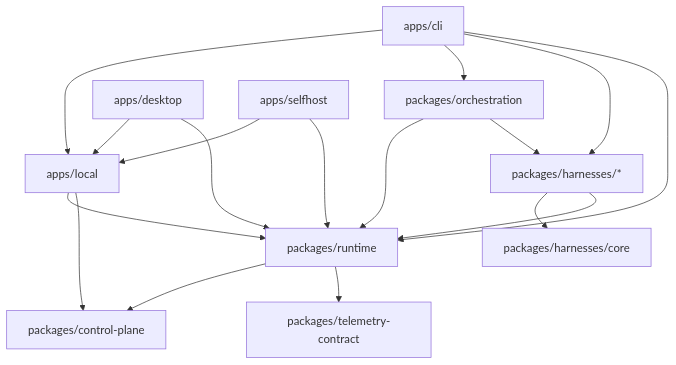
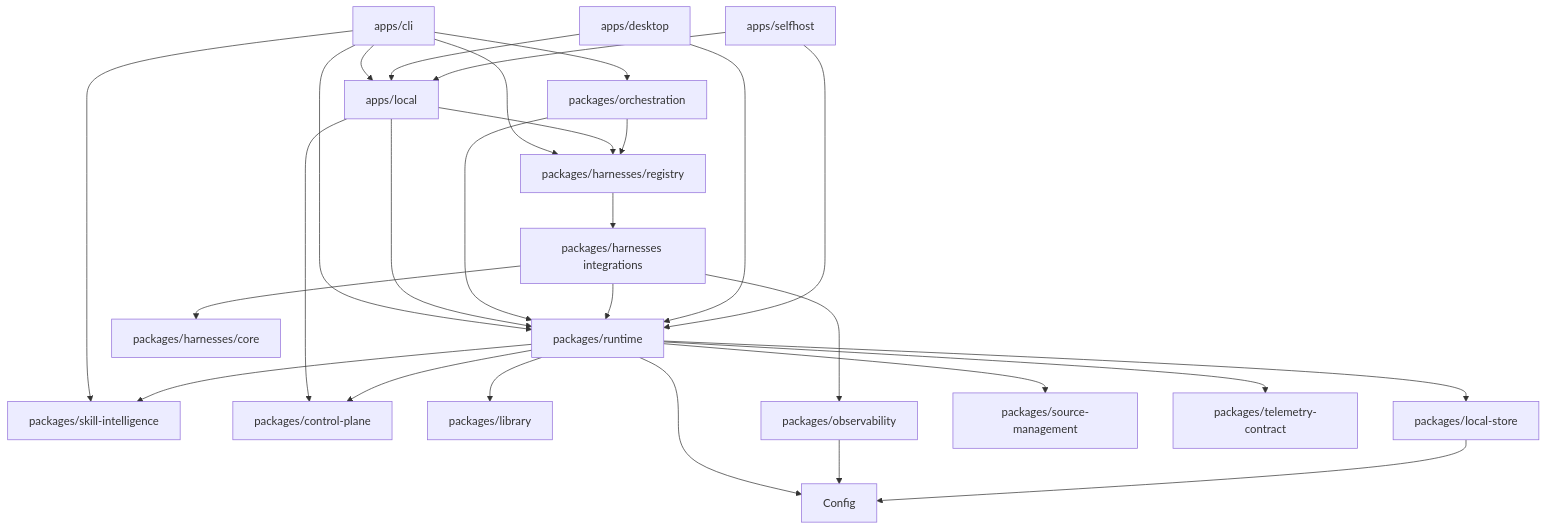
One commit to WellDunDun/selftune changed the second of 6 diagrams in ARCHITECTURE.md. Above: the diagram before and after it, drawn with Mermaid. The commit also changed other lines of this file and 1294 other files, not shown here.

````diff
--- a/ARCHITECTURE.md
+++ b/ARCHITECTURE.md
@@ -98,22 +110,33 @@
 ```mermaid
 flowchart TD
   CLI[apps/cli] --> Local[apps/local]
   CLI --> Orchestration[packages/orchestration]
-  CLI --> Harnesses[packages/harnesses/*]
+  CLI --> HarnessRegistry[packages/harnesses/registry]
   CLI --> Runtime[packages/runtime]
+  CLI --> Intelligence[packages/skill-intelligence]
 
   Local --> Runtime
   Local --> ControlPlane[packages/control-plane]
   Orchestration --> Runtime
-  Orchestration --> Harnesses
+  Local --> HarnessRegistry
+  Orchestration --> HarnessRegistry
 
+  HarnessRegistry --> Harnesses[packages/harnesses integrations]
   Harnesses --> HarnessCore[packages/harnesses/core]
   Harnesses --> Runtime
+  Runtime --> Config
   Runtime --> ControlPlane
+  Runtime --> Intelligence
+  Runtime --> Library[packages/library]
+  Runtime --> LocalStore[packages/local-store]
+  Harnesses --> Observability[packages/observability]
+  Observability --> Config
+  Runtime --> SourceManagement[packages/source-management]
   Runtime --> Telemetry[packages/telemetry-contract]
+  LocalStore --> Config
 
   Desktop[apps/desktop] --> Local
   Desktop --> Runtime
   SelfHost[apps/selfhost] --> Local
   SelfHost --> Runtime
 ```
````
